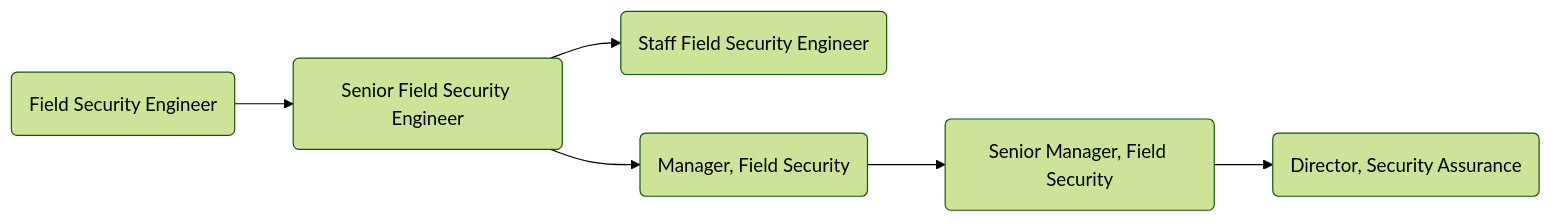
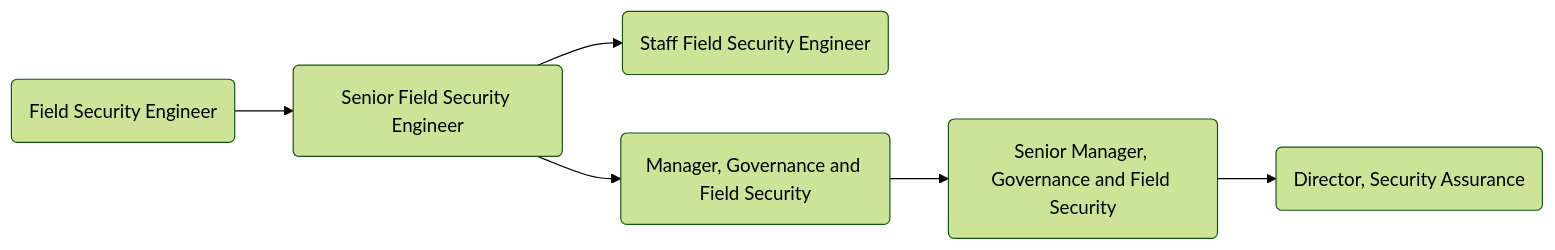
Before and after one commit to secretstartups/handbook: the diagram in job-families/engineering/field-security/index.html.md, drawn with Mermaid (forest theme). The commit also changed other lines of this file, not shown here.

````diff
--- a/job-families/engineering/field-security/index.html.md
+++ b/job-families/engineering/field-security/index.html.md
@@ -152,8 +152,8 @@
 ```mermaid
   graph LR;
   sec:se(Field Security Engineer)-->sec:sse(Senior Field Security Engineer);
   sec:sse(Senior Field Security Engineer)-->sec:stse(Staff Field Security Engineer);
-  sec:sse(Senior Field Security Engineer)-->sec:sem(Manager, Field Security);
-  sec:sem(Manager, Field Security)-->sec:sesm(Senior Manager, Field Security);
-  sec:sesm(Senior Manager, Field Security)-->sec:ds(Director, Security Assurance);
+  sec:sse(Senior Field Security Engineer)-->sec:sem(Manager, Governance and Field Security);
+  sec:sem(Manager, Governance and Field Security)-->sec:sesm(Senior Manager, Governance and Field Security);
+  sec:sesm(Senior Manager, Governance and Field Security)-->sec:ds(Director, Security Assurance);
 ```
````
